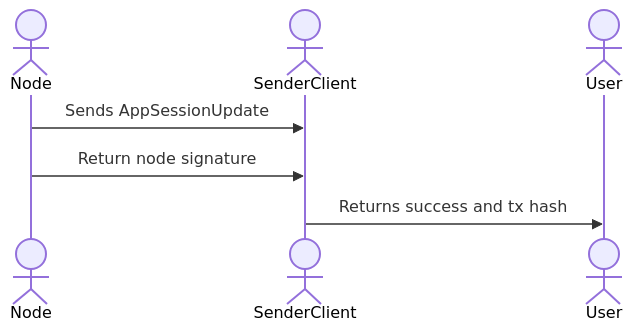
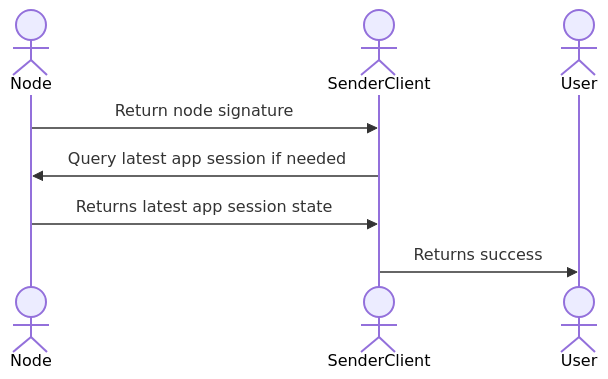
The seventh of 8 diagrams in docs/nitrolite/learn/protocol-flows/app-session-deposit.mdx (layer-3/docs), drawn with Mermaid before and after one commit. The commit also changed other lines of this file and 20 other files, not shown here.

````diff
--- a/docs/nitrolite/learn/protocol-flows/app-session-deposit.mdx
+++ b/docs/nitrolite/learn/protocol-flows/app-session-deposit.mdx
@@ -218,10 +222,11 @@
 ```mermaid
 sequenceDiagram
     actor Node
     actor SenderClient
     actor User
 
-    Node->>SenderClient: Sends AppSessionUpdate
     Node->>SenderClient: Return node signature
-    SenderClient->>User: Returns success and tx hash
+    SenderClient->>Node: Query latest app session if needed
+    Node->>SenderClient: Returns latest app session state
+    SenderClient->>User: Returns success
 ```
````
